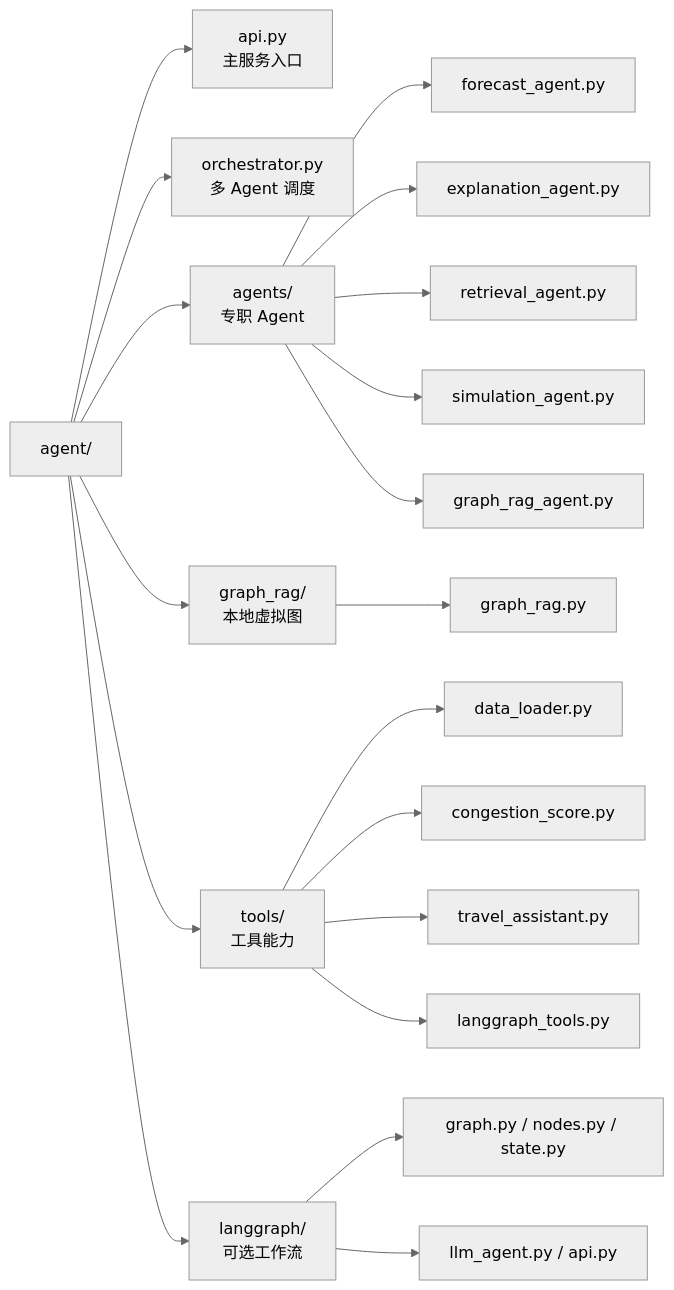
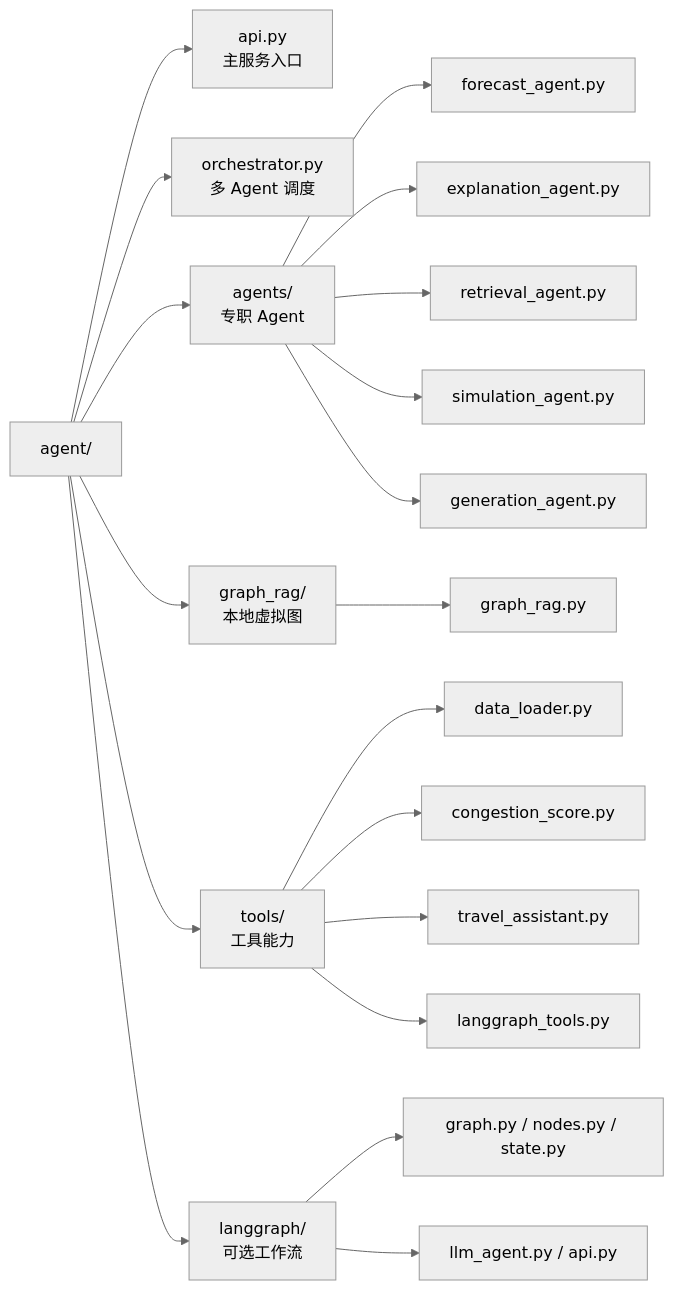
One commit to ForeverTTT/Autobahn-hackathon changed the second of 11 diagrams in agent/README.md. Above: the diagram before and after it, drawn with Mermaid (neutral theme). The commit also changed other lines of this file and 10 other files, not shown here.

````diff
--- a/agent/README.md
+++ b/agent/README.md
@@ -50,24 +54,24 @@
 ```mermaid
 flowchart LR
     ROOT["agent/"] --> API2["api.py<br/>主服务入口"]
     ROOT --> ORC2["orchestrator.py<br/>多 Agent 调度"]
     ROOT --> AGENTS["agents/<br/>专职 Agent"]
     ROOT --> GRDIR["graph_rag/<br/>本地虚拟图"]
     ROOT --> TOOLS["tools/<br/>工具能力"]
     ROOT --> LG["langgraph/<br/>可选工作流"]
 
     AGENTS --> A1["forecast_agent.py"]
     AGENTS --> A2["explanation_agent.py"]
     AGENTS --> A3["retrieval_agent.py"]
     AGENTS --> A4["simulation_agent.py"]
-    AGENTS --> A5["graph_rag_agent.py"]
+    AGENTS --> A5["generation_agent.py"]
 
     TOOLS --> T1["data_loader.py"]
     TOOLS --> T2["congestion_score.py"]
     TOOLS --> T3["travel_assistant.py"]
     TOOLS --> T4["langgraph_tools.py"]
 
     GRDIR --> G1["graph_rag.py"]
     LG --> L1["graph.py / nodes.py / state.py"]
     LG --> L2["llm_agent.py / api.py"]
 ```
````
